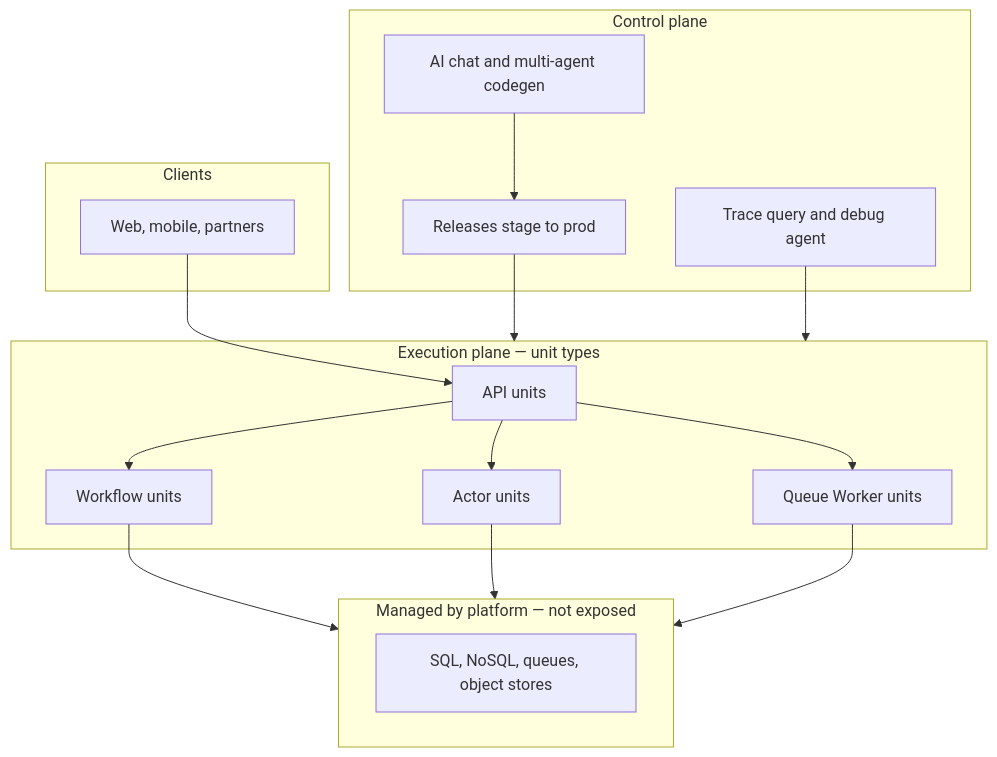
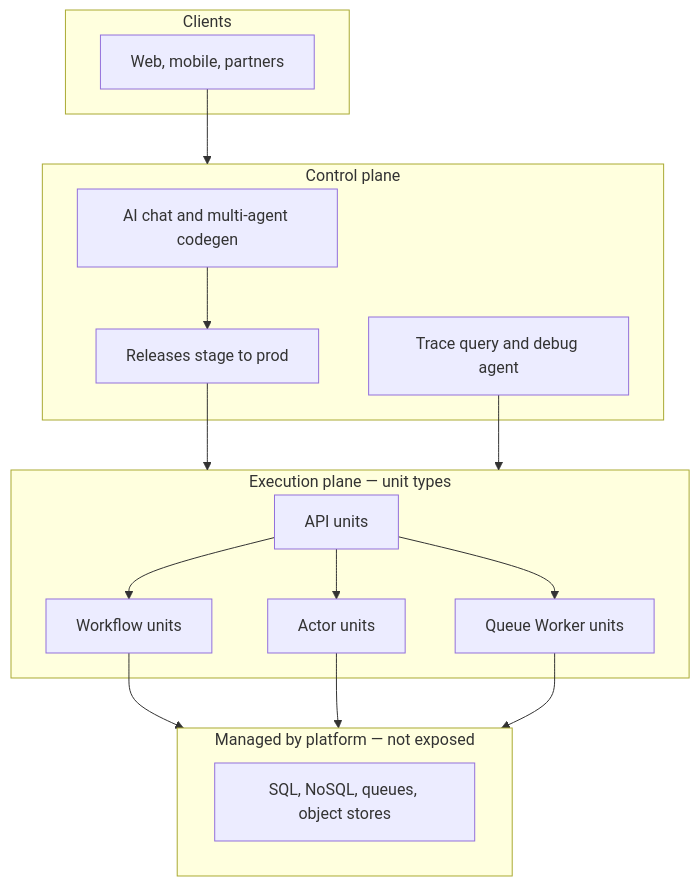
Before and after one commit to BaaSForge/baasforge-frontend-vite: the first of 3 diagrams in docs-site/app/about/who-we-are/page.mdx, drawn with Mermaid. The commit also changed other lines of this file and 4 other files, not shown here.

First line of the commit message:
feat(docs-site): integrate Mermaid component and enhance configuration

````diff
--- a/docs-site/app/about/who-we-are/page.mdx
+++ b/docs-site/app/about/who-we-are/page.mdx
@@ -51,34 +53,34 @@
 ```mermaid
 flowchart TB
   subgraph dashboard [Control plane]
     Chat[AI chat and multi-agent codegen]
     Rel[Releases stage to prod]
     Obs[Trace query and debug agent]
   end
 
   subgraph clients [Clients]
     Web["Web, mobile, partners"]
   end
 
   subgraph runtime [Execution plane — unit types]
     API[API units]
     WF[Workflow units]
     WQ[Queue Worker units]
     AC[Actor units]
   end
 
   subgraph hidden [Managed by platform — not exposed]
     Engines["SQL, NoSQL, queues, object stores"]
   end
 
   Chat --> Rel
   Rel --> runtime
   Obs --> runtime
-  Web --> API
+  Web --> dashboard
   API --> WF
   API --> WQ
   API --> AC
   WF --> hidden
   AC --> hidden
   WQ --> hidden
 ```
````
